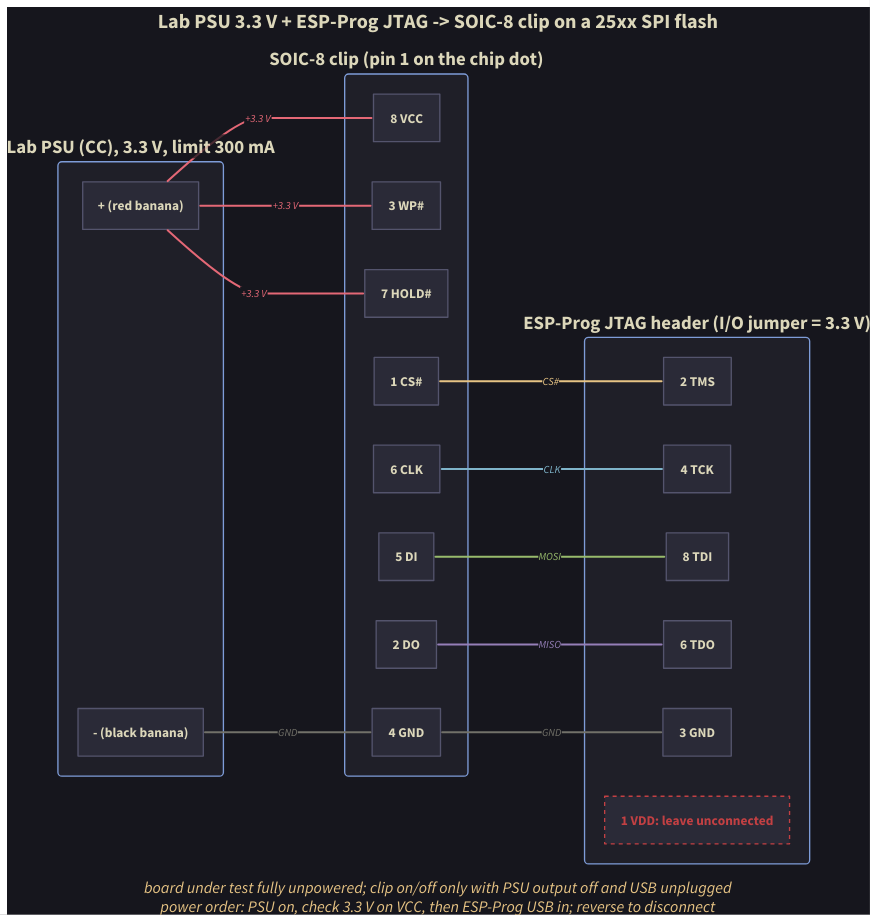
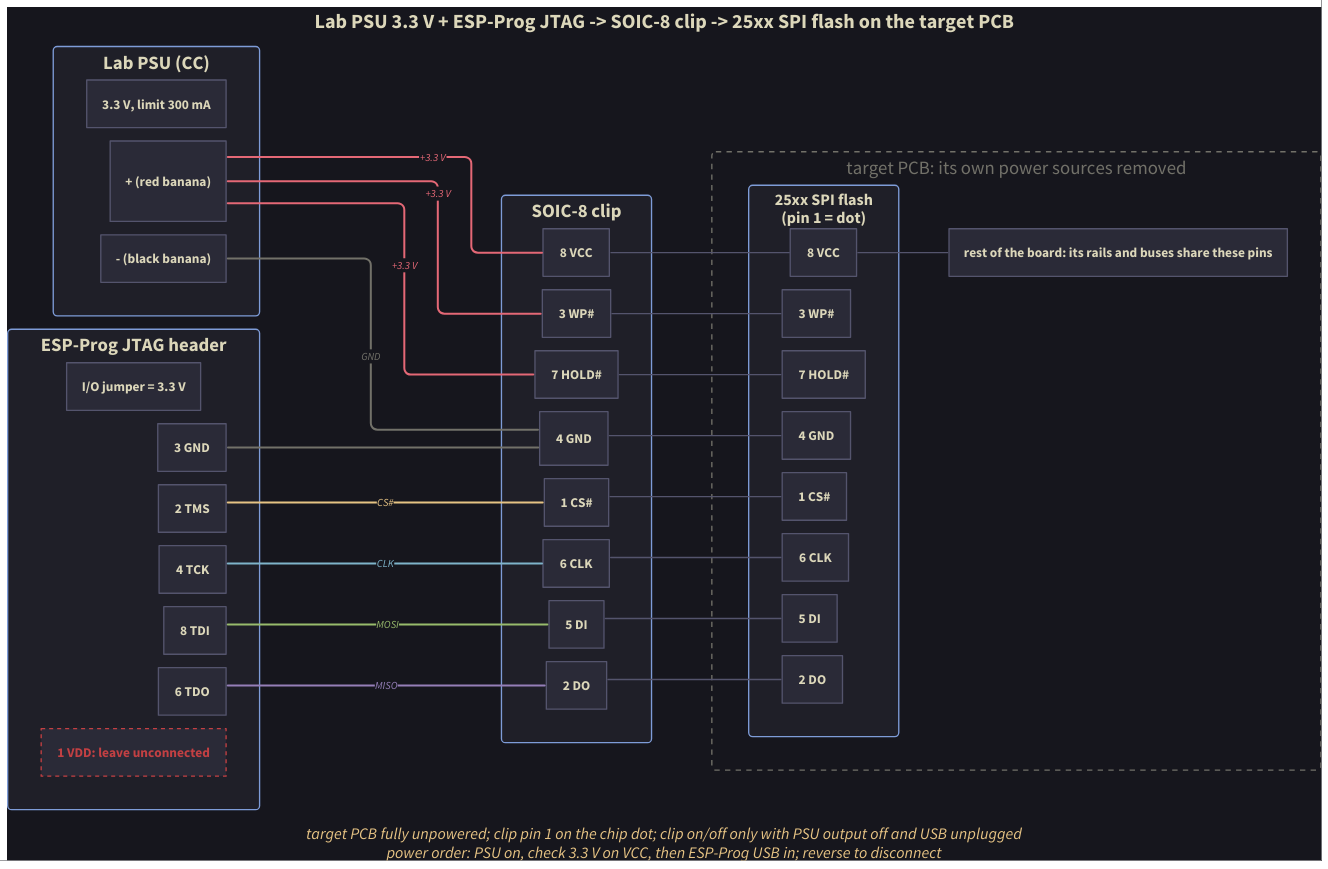
One commit to 0x0lor1n/spi-clip-rig changed the diagram in docs/wiring.d2. Above: the diagram before and after it, drawn with D2. The commit also changed 5 other files, not shown here.

First line of the commit message:
Draw the flash chip behind the clip on the target PCB

```diff
--- a/docs/wiring.d2
+++ b/docs/wiring.d2
@@ -1,67 +1,98 @@
+vars: {d2-config: {layout-engine: elk}}
 direction: right
 style.fill: "#16161d"
 
 classes: {
   board: {style: {fill: "#1f1f28"; stroke: "#7e9cd8"; font-color: "#dcd7ba"; stroke-width: 2; border-radius: 6; bold: true}}
   pin: {style: {fill: "#2a2a37"; stroke: "#54546d"; font-color: "#dcd7ba"; font-size: 20}}
   nc: {style: {fill: "#2a2a37"; stroke: "#c34043"; font-color: "#c34043"; font-size: 20; stroke-dash: 3}}
   pwr: {style: {stroke: "#e46876"; stroke-width: 3; font-color: "#e46876"}}
   gnd: {style: {stroke: "#727169"; stroke-width: 3; font-color: "#727169"}}
   cs: {style: {stroke: "#e6c384"; stroke-width: 3; font-color: "#e6c384"}}
   clk: {style: {stroke: "#7fb4ca"; stroke-width: 3; font-color: "#7fb4ca"}}
   mosi: {style: {stroke: "#98bb6c"; stroke-width: 3; font-color: "#98bb6c"}}
   miso: {style: {stroke: "#957fb8"; stroke-width: 3; font-color: "#957fb8"}}
+  contact: {style: {stroke: "#54546d"; stroke-width: 2}}
+  target: {style: {fill: "#16161d"; stroke: "#727169"; font-color: "#727169"; stroke-dash: 4; border-radius: 6}}
 }
 
-title: "Lab PSU 3.3 V + ESP-Prog JTAG -> SOIC-8 clip on a 25xx SPI flash" {
+title: "Lab PSU 3.3 V + ESP-Prog JTAG -> SOIC-8 clip -> 25xx SPI flash on the target PCB" {
   near: top-center
   shape: text
   style: {font-color: "#dcd7ba"; font-size: 30; bold: true}
 }
 
-psu: "Lab PSU (CC), 3.3 V, limit 300 mA" {
+psu: "Lab PSU (CC)" {
   class: board
+  set: "3.3 V, limit 300 mA" {class: pin}
   plus: "+ (red banana)" {class: pin}
   minus: "- (black banana)" {class: pin}
 }
 
-clip: "SOIC-8 clip (pin 1 on the chip dot)" {
+prog: "ESP-Prog JTAG header" {
+  class: board
+  jumper: "I/O jumper = 3.3 V" {class: pin}
+  gnd: "3  GND" {class: pin}
+  tms: "2  TMS" {class: pin}
+  tck: "4  TCK" {class: pin}
+  tdi: "8  TDI" {class: pin}
+  tdo: "6  TDO" {class: pin}
+  vdd: "1  VDD: leave unconnected" {class: nc}
+}
+
+clip: "SOIC-8 clip" {
   class: board
   p8: "8  VCC" {class: pin}
   p3: "3  WP#" {class: pin}
   p7: "7  HOLD#" {class: pin}
   p4: "4  GND" {class: pin}
   p1: "1  CS#" {class: pin}
   p6: "6  CLK" {class: pin}
   p5: "5  DI" {class: pin}
   p2: "2  DO" {class: pin}
 }
 
-prog: "ESP-Prog JTAG header (I/O jumper = 3.3 V)" {
-  class: board
-  tms: "2  TMS" {class: pin}
-  tck: "4  TCK" {class: pin}
-  tdi: "8  TDI" {class: pin}
-  tdo: "6  TDO" {class: pin}
-  gnd: "3  GND" {class: pin}
-  vdd: "1  VDD: leave unconnected" {class: nc}
+pcb: "target PCB: its own power sources removed" {
+  class: target
+  chip: "25xx SPI flash\n(pin 1 = dot)" {
+    class: board
+    p8: "8  VCC" {class: pin}
+    p3: "3  WP#" {class: pin}
+    p7: "7  HOLD#" {class: pin}
+    p4: "4  GND" {class: pin}
+    p1: "1  CS#" {class: pin}
+    p6: "6  CLK" {class: pin}
+    p5: "5  DI" {class: pin}
+    p2: "2  DO" {class: pin}
+  }
+  rest: "rest of the board: its rails and buses share these pins" {class: pin}
+  chip.p8 -- rest {class: contact}
 }
 
-# Undirected, left node first: dagre ranks by edge direction, so this keeps
-# PSU | clip | ESP-Prog as three columns.
+# Undirected, left node first: the layout ranks by edge direction, so this
+# keeps PSU/ESP-Prog | clip | target PCB as columns.
 psu.plus -- clip.p8: "+3.3 V" {class: pwr}
 psu.plus -- clip.p3: "+3.3 V" {class: pwr}
 psu.plus -- clip.p7: "+3.3 V" {class: pwr}
 psu.minus -- clip.p4: "GND" {class: gnd}
 
-clip.p1 -- prog.tms: "CS#" {class: cs}
-clip.p6 -- prog.tck: "CLK" {class: clk}
-clip.p5 -- prog.tdi: "MOSI" {class: mosi}
-clip.p2 -- prog.tdo: "MISO" {class: miso}
-clip.p4 -- prog.gnd: "GND" {class: gnd}
+prog.tms -- clip.p1: "CS#" {class: cs}
+prog.tck -- clip.p6: "CLK" {class: clk}
+prog.tdi -- clip.p5: "MOSI" {class: mosi}
+prog.tdo -- clip.p2: "MISO" {class: miso}
+prog.gnd -- clip.p4 {class: gnd}
 
-note: "board under test fully unpowered; clip on/off only with PSU output off and USB unplugged\npower order: PSU on, check 3.3 V on VCC, then ESP-Prog USB in; reverse to disconnect" {
+clip.p8 -- pcb.chip.p8 {class: contact}
+clip.p3 -- pcb.chip.p3 {class: contact}
+clip.p7 -- pcb.chip.p7 {class: contact}
+clip.p4 -- pcb.chip.p4 {class: contact}
+clip.p1 -- pcb.chip.p1 {class: contact}
+clip.p6 -- pcb.chip.p6 {class: contact}
+clip.p5 -- pcb.chip.p5 {class: contact}
+clip.p2 -- pcb.chip.p2 {class: contact}
+
+note: "target PCB fully unpowered; clip pin 1 on the chip dot; clip on/off only with PSU output off and USB unplugged\npower order: PSU on, check 3.3 V on VCC, then ESP-Prog USB in; reverse to disconnect" {
   near: bottom-center
   shape: text
   style: {font-color: "#e6c384"; font-size: 24; italic: true}
 }
```
